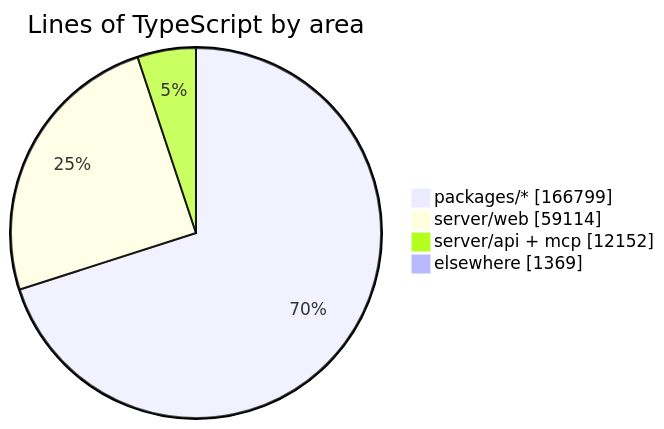
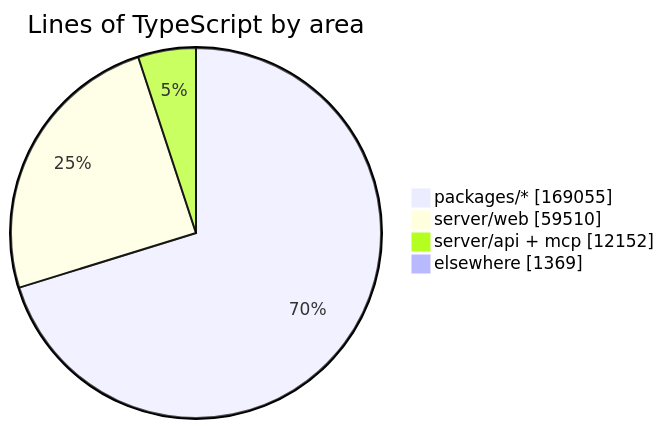
One commit to crossworks-engineering/mantle changed the diagram in README.md. Above: the diagram before and after it, drawn with Mermaid. The commit also changed other lines of this file and 2 other files, not shown here.

````diff
--- a/README.md
+++ b/README.md
@@ -279,7 +279,7 @@
 ```mermaid
 pie showData title Lines of TypeScript by area
-    "packages/*" : 166799
-    "server/web" : 59114
+    "packages/*" : 169055
+    "server/web" : 59510
     "server/api + mcp" : 12152
     "elsewhere" : 1369
 ```
````
